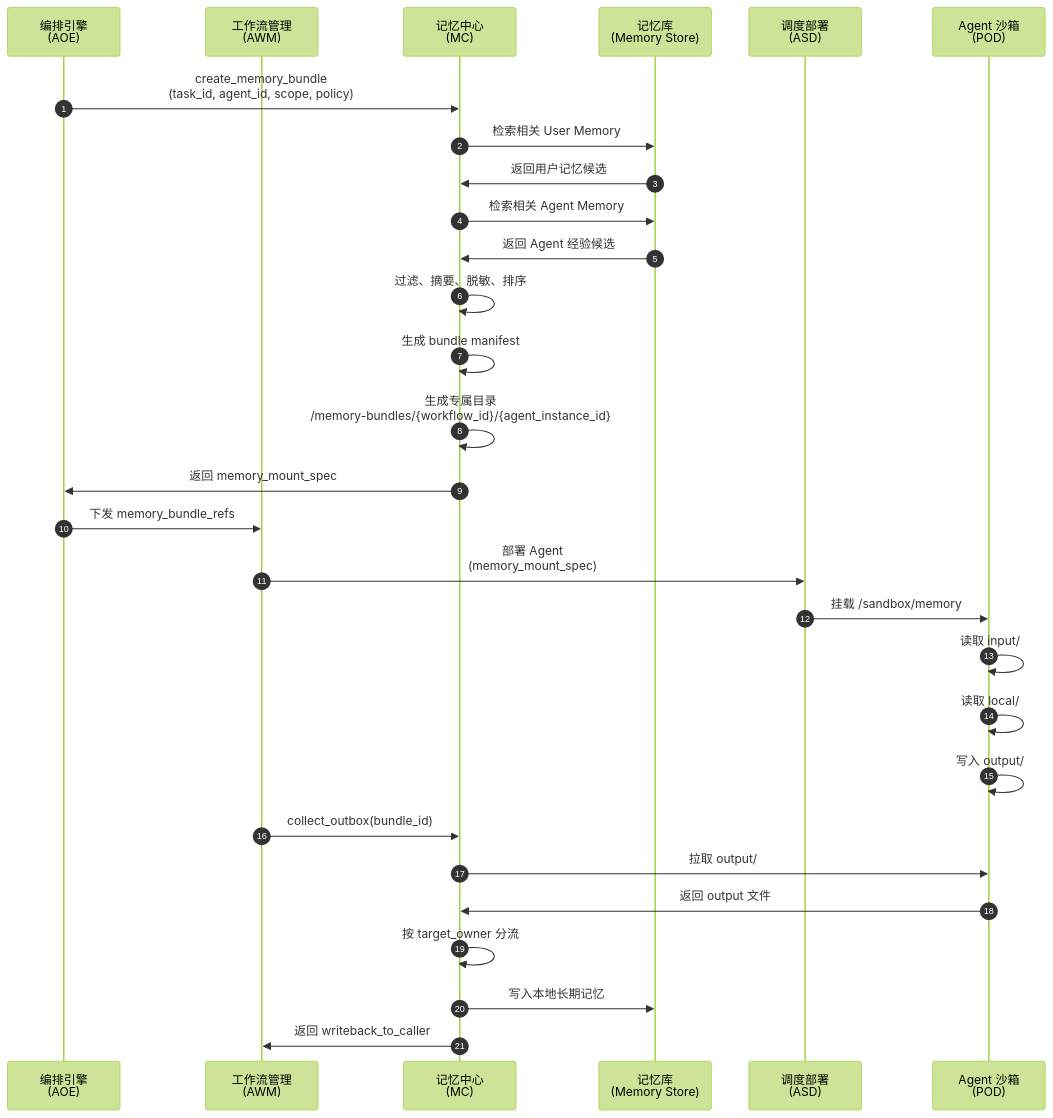
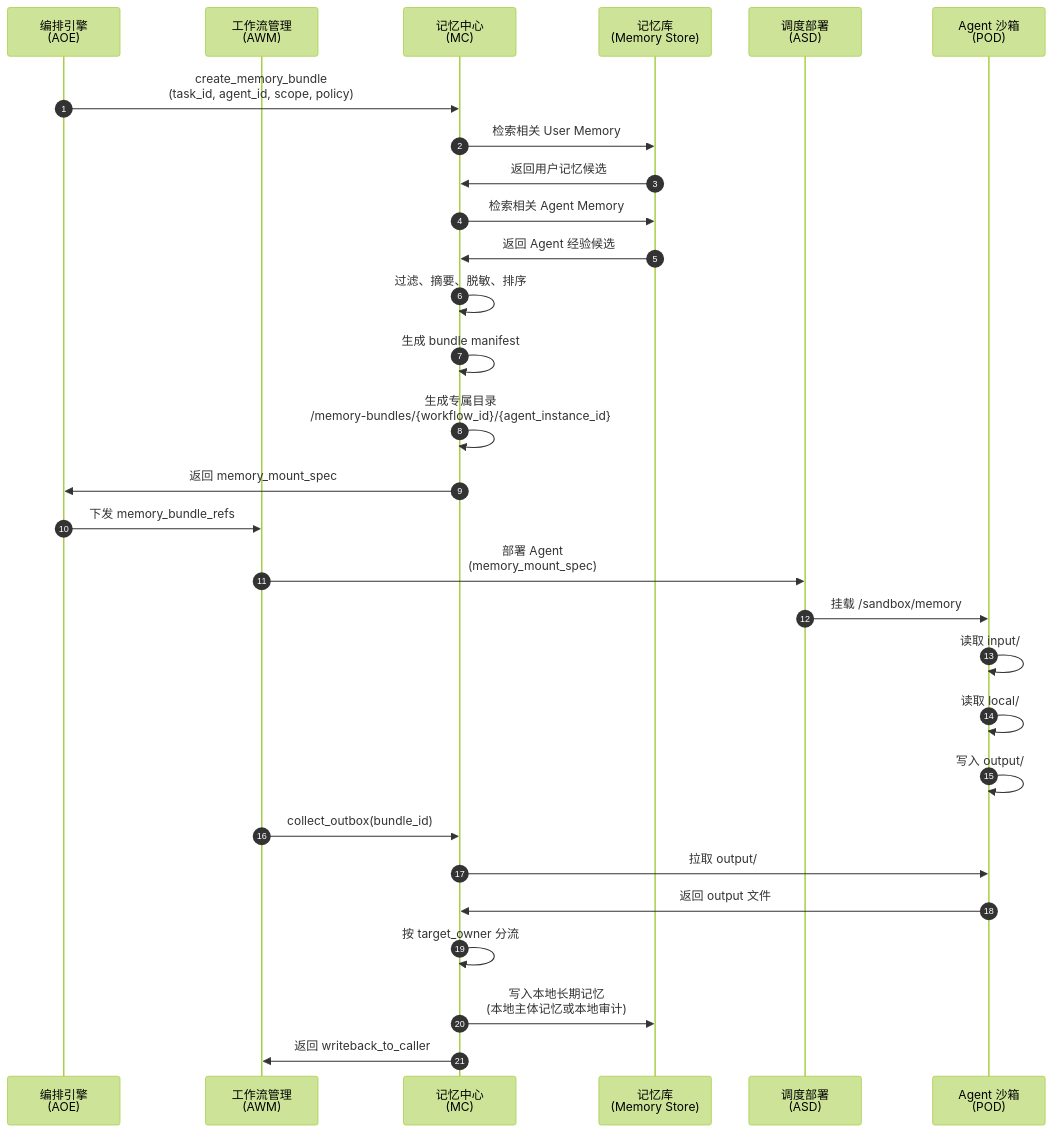
The seventh of 8 diagrams in 接口/智能体编排层接口流程v2.md (yezzze/Autonomous-Transportation-System), drawn with Mermaid (forest theme) before and after one commit. The commit also changed other lines of this file and 5 other files, not shown here.

````diff
--- a/接口/智能体编排层接口流程v2.md
+++ b/接口/智能体编排层接口流程v2.md
@@ -563,41 +568,41 @@
 ```mermaid
 sequenceDiagram
 autonumber
 
 participant AOE as 编排引擎<br>(AOE)
 participant AWM as 工作流管理<br>(AWM)
 participant MC as 记忆中心<br>(MC)
 participant STORE as 记忆库<br>(Memory Store)
 participant ASD as 调度部署<br>(ASD)
 participant POD as Agent 沙箱<br>(POD)
 
 AOE->>MC: create_memory_bundle<br>(task_id, agent_id, scope, policy)
 MC->>STORE: 检索相关 User Memory
 STORE->>MC: 返回用户记忆候选
 
 MC->>STORE: 检索相关 Agent Memory
 STORE->>MC: 返回 Agent 经验候选
 
 MC->>MC: 过滤、摘要、脱敏、排序
 MC->>MC: 生成 bundle manifest
 MC->>MC: 生成专属目录<br>/memory-bundles/{workflow_id}/{agent_instance_id}
 
 MC->>AOE: 返回 memory_mount_spec
 
 AOE->>AWM: 下发 memory_bundle_refs
 AWM->>ASD: 部署 Agent<br>(memory_mount_spec)
 
 ASD->>POD: 挂载 /sandbox/memory
 
 POD->>POD: 读取 input/
 POD->>POD: 读取 local/
 POD->>POD: 写入 output/
 
 AWM->>MC: collect_outbox(bundle_id)
 MC->>POD: 拉取 output/
 POD->>MC: 返回 output 文件
 
 MC->>MC: 按 target_owner 分流
-MC->>STORE: 写入本地长期记忆
+MC->>STORE: 写入本地长期记忆<br>(本地主体记忆或本地审计)
 MC->>AWM: 返回 writeback_to_caller
 ```
````
